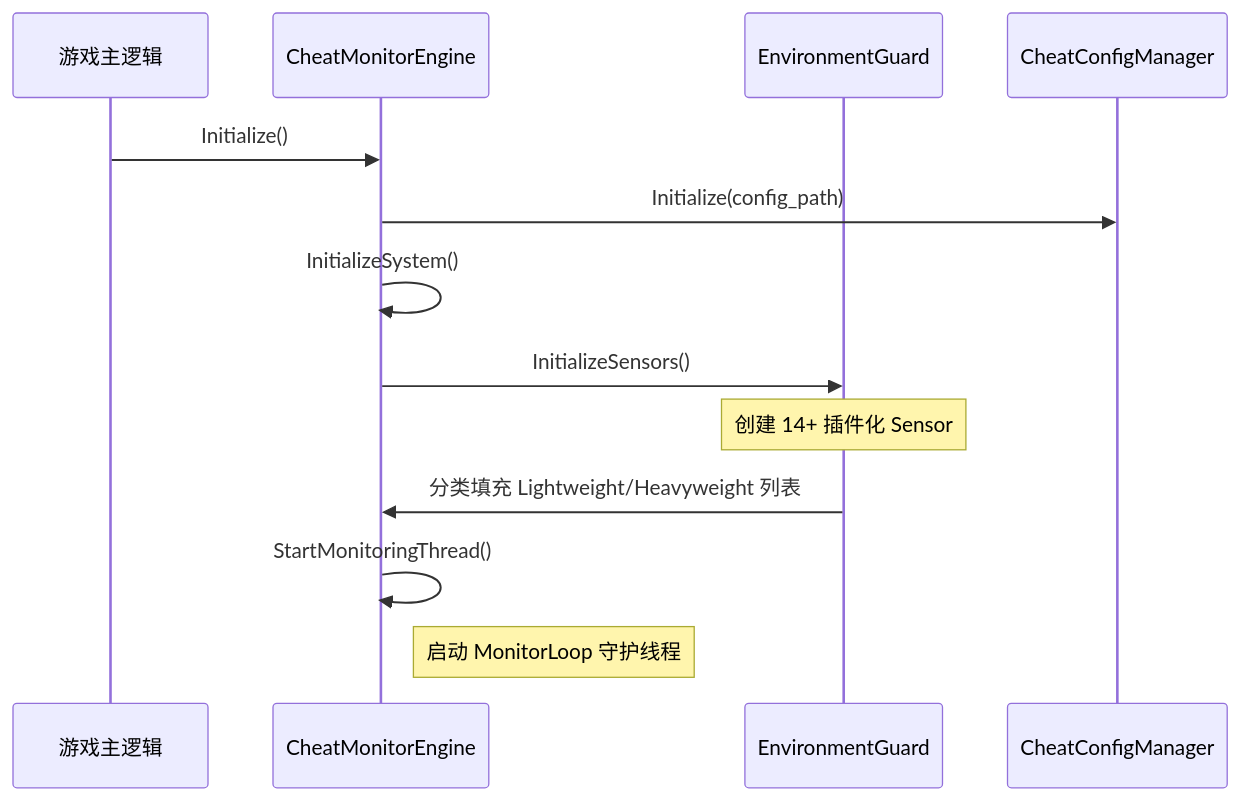
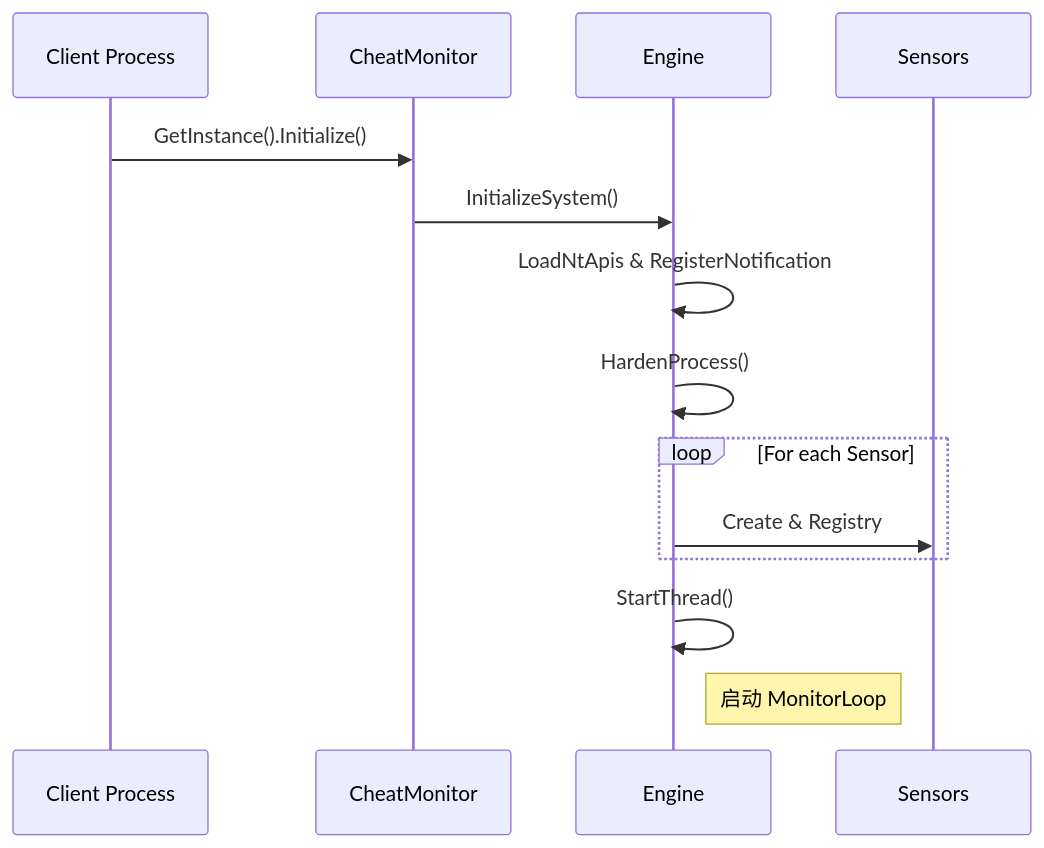
The second of 4 diagrams in docs/presentation_outline.md (williammuji/AntiCheat), drawn with Mermaid before and after one commit. The commit also changed other lines of this file and 1 other file, not shown here.

````diff
--- a/docs/presentation_outline.md
+++ b/docs/presentation_outline.md
@@ -46,16 +95,16 @@
 ```mermaid
 sequenceDiagram
-    participant Game as 游戏主逻辑
-    participant Engine as CheatMonitorEngine
-    participant Guard as EnvironmentGuard
-    participant Config as CheatConfigManager
-
-    Game->>Engine: Initialize()
-    Engine->>Config: Initialize(config_path)
-    Engine->>Engine: InitializeSystem()
-    Engine->>Guard: InitializeSensors()
-    Note over Guard: 创建 14+ 插件化 Sensor
-    Guard->>Engine: 分类填充 Lightweight/Heavyweight 列表
-    Engine->>Engine: StartMonitoringThread()
-    Note right of Engine: 启动 MonitorLoop 守护线程
+    participant P as Client Process
+    participant M as CheatMonitor
+    participant E as Engine
+    participant S as Sensors
+    P->>M: GetInstance().Initialize()
+    M->>E: InitializeSystem()
+    E->>E: LoadNtApis & RegisterNotification
+    E->>E: HardenProcess()
+    loop For each Sensor
+        E->>S: Create & Registry
+    end
+    E->>E: StartThread()
+    Note right of E: 启动 MonitorLoop
 ```
````
